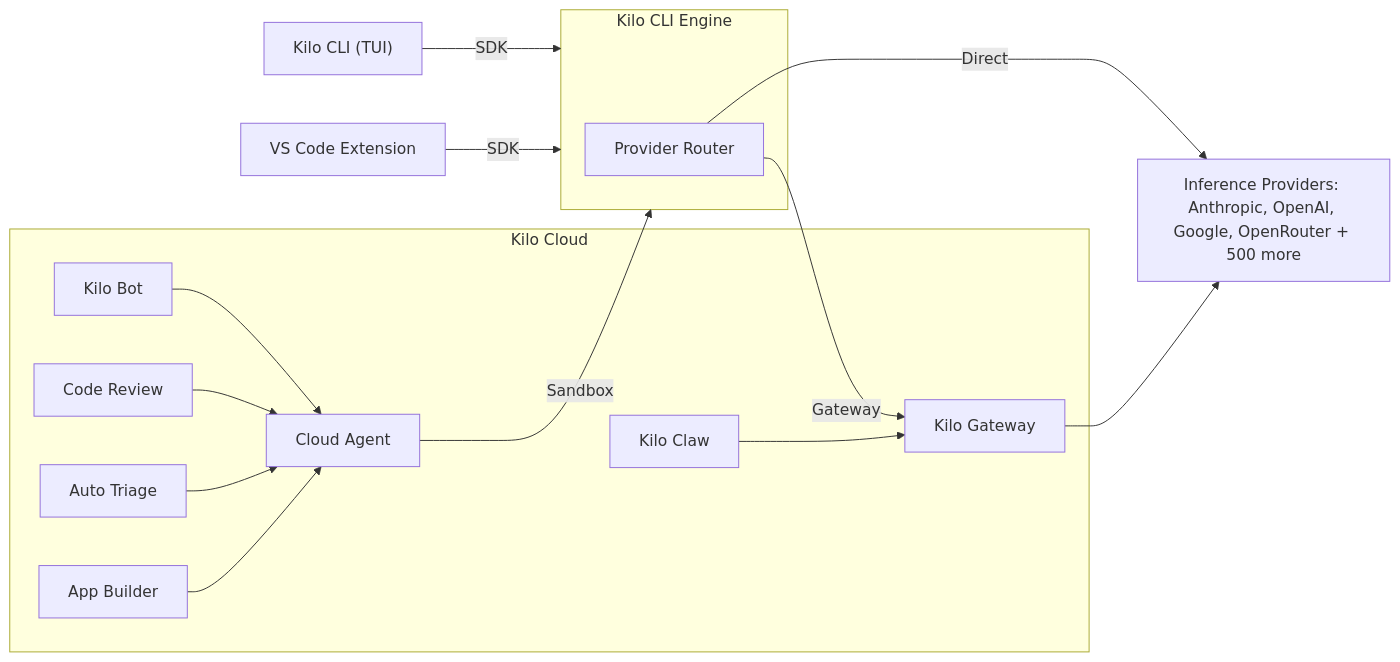
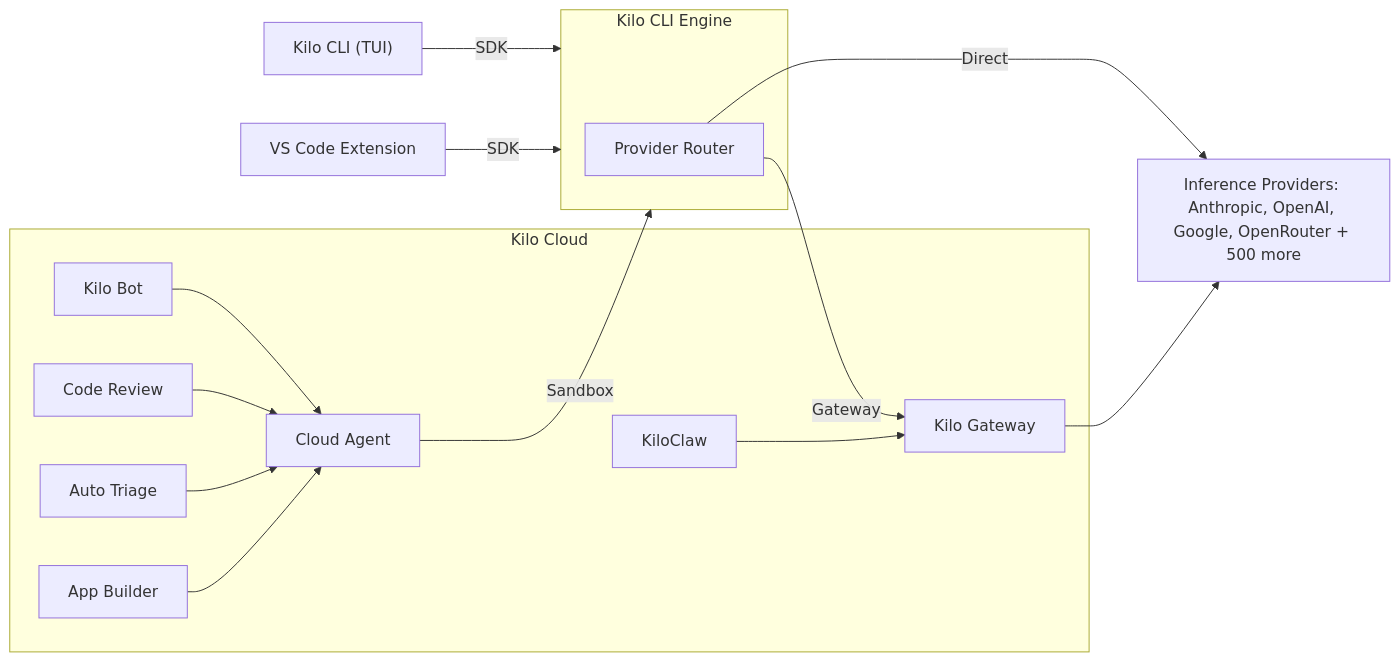
The diagram in packages/kilo-docs/pages/contributing/architecture/index.md (village-way/kilocode), drawn with Mermaid before and after one commit. The commit also changed other lines of this file, not shown here.

Commit message:
Rename 'Kilo Claw' to 'KiloClaw' in architecture docs (#6524)

````diff
--- a/packages/kilo-docs/pages/contributing/architecture/index.md
+++ b/packages/kilo-docs/pages/contributing/architecture/index.md
@@ -14,35 +14,35 @@
 ```mermaid
 graph LR
   tui["Kilo CLI (TUI)"]
   vscode["VS Code Extension"]
 
   subgraph cli ["Kilo CLI Engine"]
     provider["Provider Router"]
   end
 
   subgraph cloud ["Kilo Cloud"]
     gateway["Kilo Gateway"]
     cloudagent["Cloud Agent"]
     bot["Kilo Bot"]
-    claw["Kilo Claw"]
+    claw["KiloClaw"]
     review["Code Review"]
     triage["Auto Triage"]
     appbuilder["App Builder"]
   end
 
   providers["Inference Providers: Anthropic, OpenAI, Google, OpenRouter + 500 more"]
 
   tui -->|SDK| cli
   vscode -->|SDK| cli
   cloudagent -->|Sandbox| cli
 
   provider -- Direct --> providers
   provider -- Gateway --> gateway
   gateway --> providers
   claw --> gateway
 
   bot --> cloudagent
   review --> cloudagent
   triage --> cloudagent
   appbuilder --> cloudagent
 ```
````
